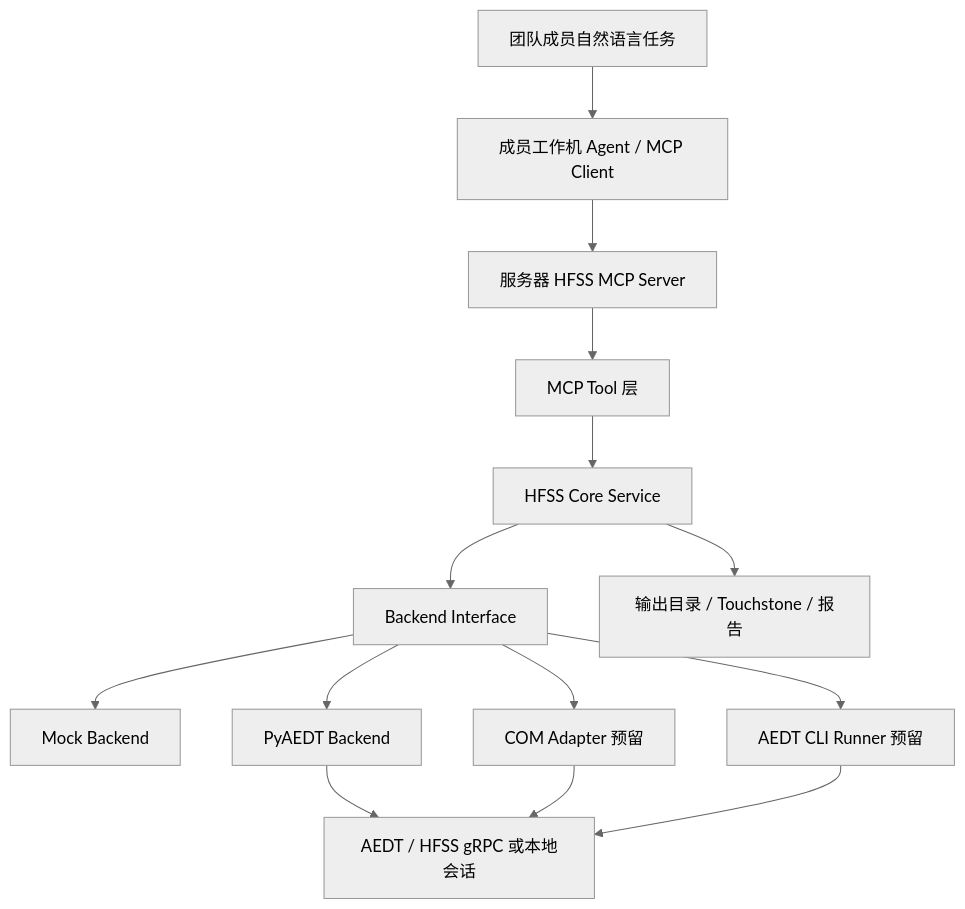
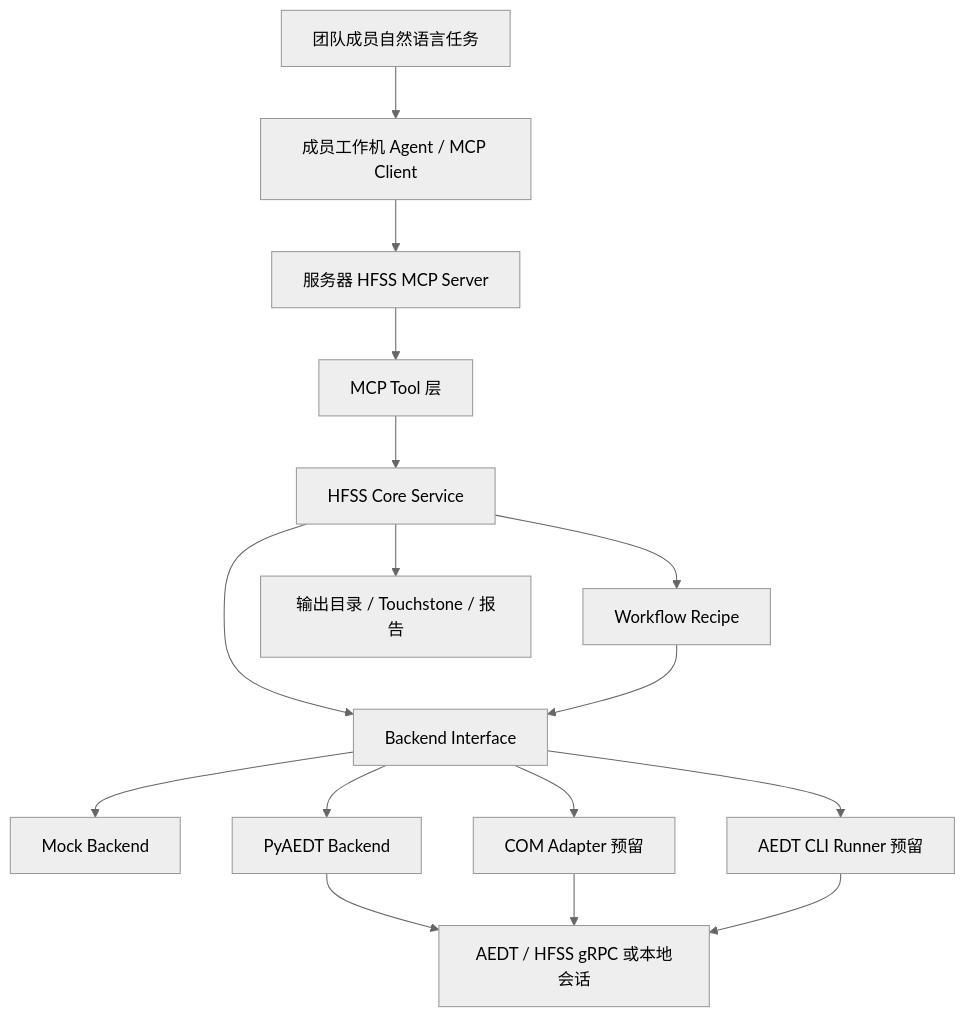
The diagram in docs/architecture.md (CodeQwQ/supperHFSSMCP), drawn with Mermaid (neutral theme) before and after one commit. The commit also changed other lines of this file and 12 other files, not shown here.

````diff
--- a/docs/architecture.md
+++ b/docs/architecture.md
@@ -12,16 +12,18 @@
 ```mermaid
 flowchart TD
     A["团队成员自然语言任务"] --> B["成员工作机 Agent / MCP Client"]
     B --> C["服务器 HFSS MCP Server"]
     C --> D["MCP Tool 层"]
     D --> E["HFSS Core Service"]
     E --> F["Backend Interface"]
+    E --> W["Workflow Recipe"]
+    W --> F
     F --> G["Mock Backend"]
     F --> H["PyAEDT Backend"]
     F --> I["COM Adapter 预留"]
     F --> J["AEDT CLI Runner 预留"]
     H --> K["AEDT / HFSS gRPC 或本地会话"]
     I --> K
     J --> K
     E --> L["输出目录 / Touchstone / 报告"]
 ```
````
